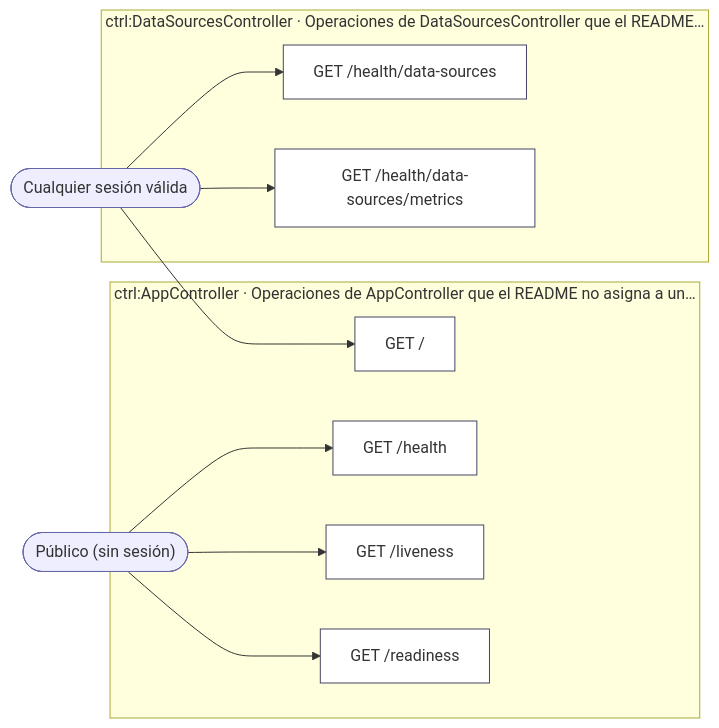
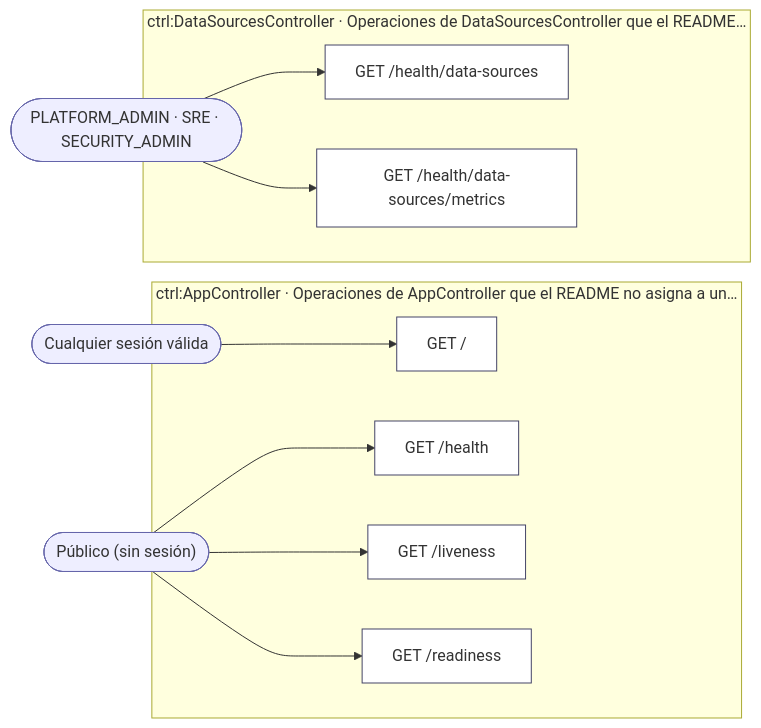
One commit to mdavila-2001/mantra-core-health-api changed the first of 3 diagrams in docs/inventario/flujos/app.md. Above: the diagram before and after it, drawn with Mermaid. The commit also changed other lines of this file and 79 other files, not shown here.

````diff
--- a/docs/inventario/flujos/app.md
+++ b/docs/inventario/flujos/app.md
@@ -33,25 +33,26 @@
 ```mermaid
 flowchart LR
   a2(["Cualquier sesión válida"]):::actor
   a4(["Público (sin sesión)"]):::actor
+  a8(["PLATFORM_ADMIN · SRE · SECURITY_ADMIN"]):::actor
   subgraph s0["ctrl:AppController · Operaciones de AppController que el README no asigna a un…"]
     o1["GET /"]:::op
     o3["GET /health"]:::op
     o5["GET /liveness"]:::op
     o6["GET /readiness"]:::op
   end
   subgraph s1["ctrl:DataSourcesController · Operaciones de DataSourcesController que el README…"]
     o7["GET /health/data-sources"]:::op
-    o8["GET /health/data-sources/metrics"]:::op
+    o9["GET /health/data-sources/metrics"]:::op
   end
   a2 --> o1
   a4 --> o3
   a4 --> o5
   a4 --> o6
-  a2 --> o7
-  a2 --> o8
+  a8 --> o7
+  a8 --> o9
   classDef op fill:#fff,stroke:#446
   classDef actor fill:#eef,stroke:#66a
   classDef tabla fill:#ffd,stroke:#aa3
   classDef evento fill:#efe,stroke:#3a3
 ```
````
